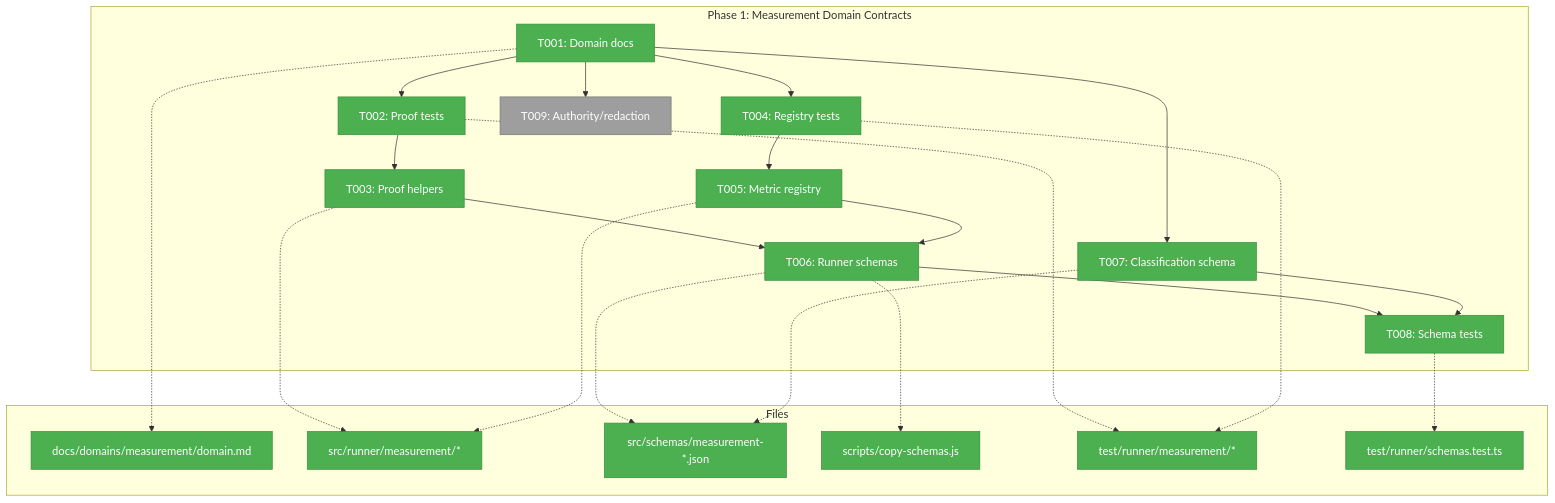
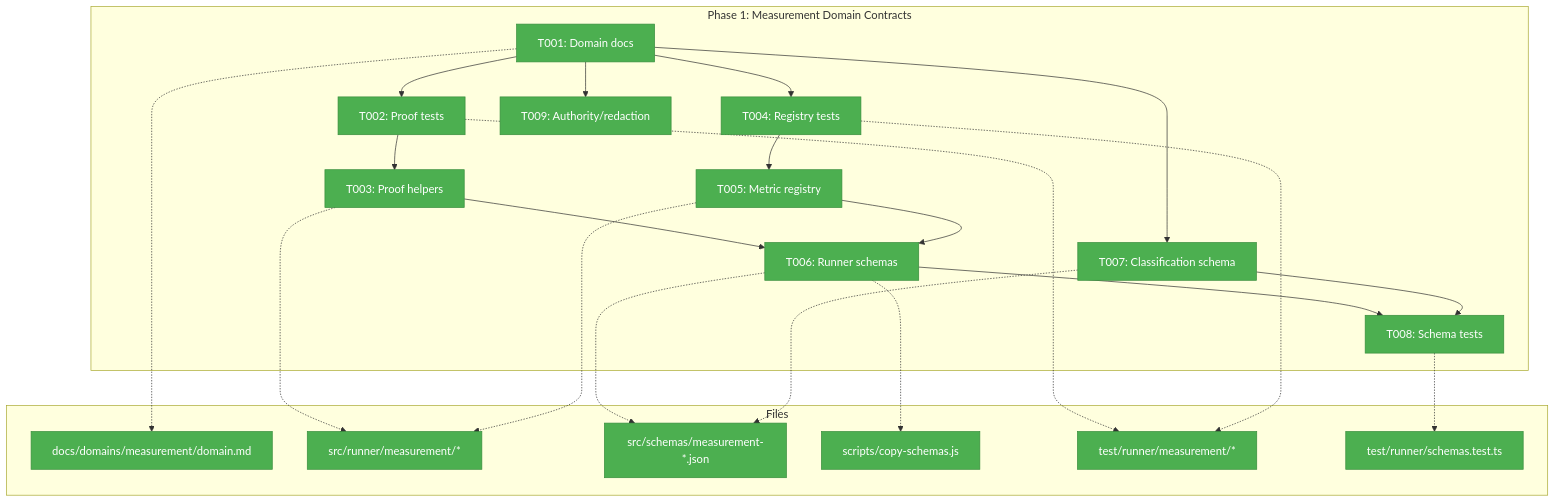
The first of 3 diagrams in docs/plans/020-minih-harness-measurement/tasks/phase-1-measurement-domain-contracts/tasks.md (AI-Substrate/minih), drawn with Mermaid before and after one commit. The commit also changed other lines of this file and 11 other files, not shown here.

````diff
--- a/docs/plans/020-minih-harness-measurement/tasks/phase-1-measurement-domain-contracts/tasks.md
+++ b/docs/plans/020-minih-harness-measurement/tasks/phase-1-measurement-domain-contracts/tasks.md
@@ -85,43 +85,43 @@
 ```mermaid
 flowchart TD
     classDef pending fill:#9E9E9E,stroke:#757575,color:#fff
     classDef inprogress fill:#FFC107,stroke:#FFA000,color:#000
     classDef completed fill:#4CAF50,stroke:#388E3C,color:#fff
 
     subgraph Phase["Phase 1: Measurement Domain Contracts"]
         T001["T001: Domain docs"]:::completed
         T002["T002: Proof tests"]:::completed
         T003["T003: Proof helpers"]:::completed
         T004["T004: Registry tests"]:::completed
         T005["T005: Metric registry"]:::completed
         T006["T006: Runner schemas"]:::completed
         T007["T007: Classification schema"]:::completed
         T008["T008: Schema tests"]:::completed
-        T009["T009: Authority/redaction"]:::pending
+        T009["T009: Authority/redaction"]:::completed
         T001 --> T002 --> T003
         T001 --> T004 --> T005
         T003 --> T006 --> T008
         T005 --> T006
         T001 --> T007 --> T008
         T001 --> T009
     end
 
     subgraph Files["Files"]
         D1["docs/domains/measurement/domain.md"]:::completed
         R1["src/runner/measurement/*"]:::completed
         S1["src/schemas/measurement-*.json"]:::completed
         C1["scripts/copy-schemas.js"]:::completed
         V1["test/runner/measurement/*"]:::completed
         V2["test/runner/schemas.test.ts"]:::completed
     end
 
     T001 -.-> D1
     T003 -.-> R1
     T005 -.-> R1
     T006 -.-> S1
     T006 -.-> C1
     T007 -.-> S1
     T002 -.-> V1
     T004 -.-> V1
     T008 -.-> V2
 ```
````
